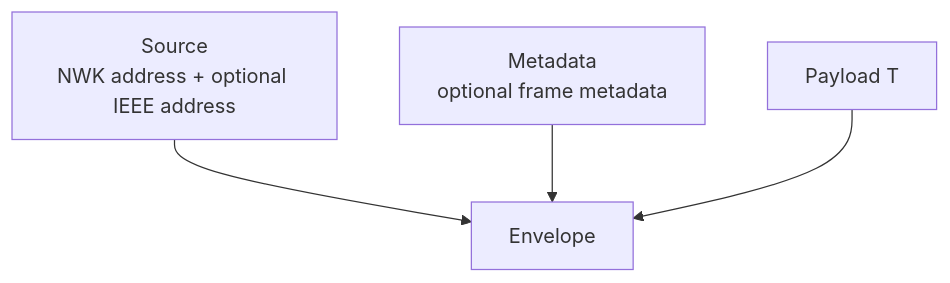
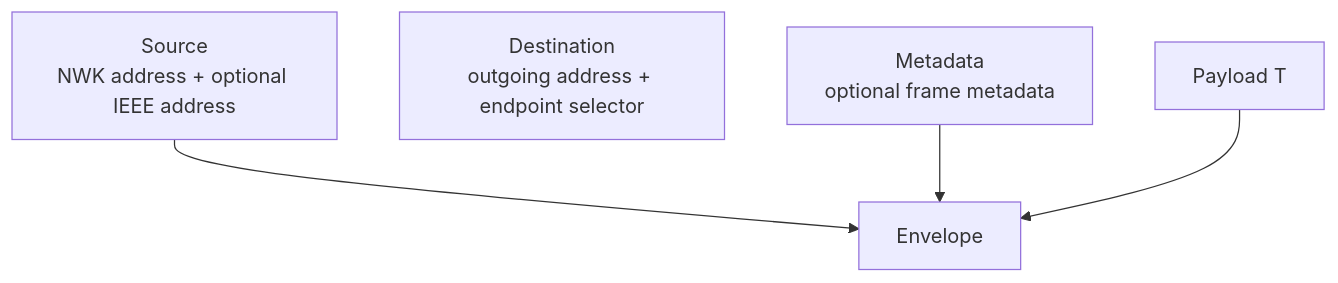
One commit to PaulmannLighting/apis-saltans changed the diagram in apis-saltans-nwk/ARCHITECTURE.md. Above: the diagram before and after it, drawn with Mermaid. The commit also changed other lines of this file and 6 other files, not shown here.

````diff
--- a/apis-saltans-nwk/ARCHITECTURE.md
+++ b/apis-saltans-nwk/ARCHITECTURE.md
@@ -7,11 +7,12 @@
 ```mermaid
 flowchart TD
     Source["Source<br/>NWK address + optional IEEE address"]
+    Destination["Destination<br/>outgoing address + endpoint selector"]
     Metadata["Metadata<br/>optional frame metadata"]
     Payload["Payload T"]
     Envelope["Envelope<T>"]
 
     Source --> Envelope
     Metadata --> Envelope
     Payload --> Envelope
 ```
````
